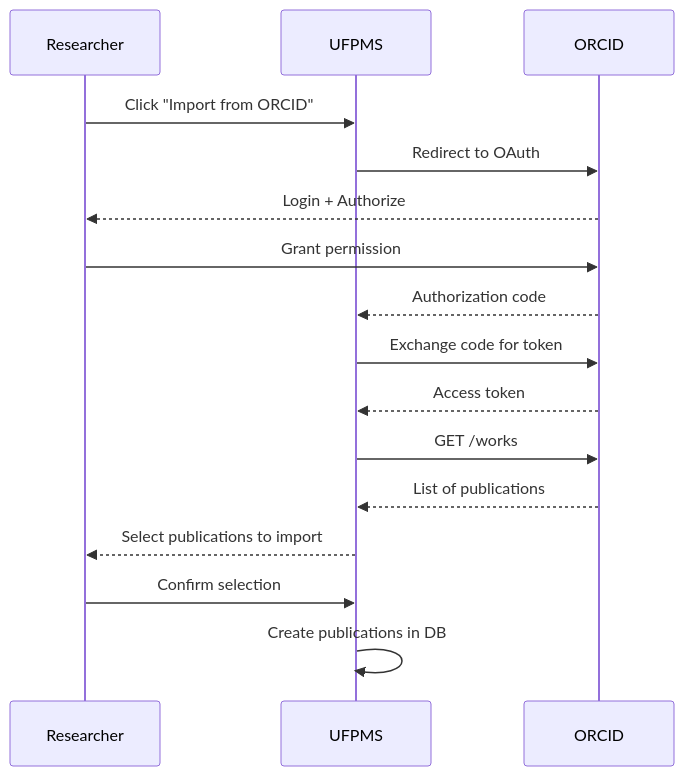
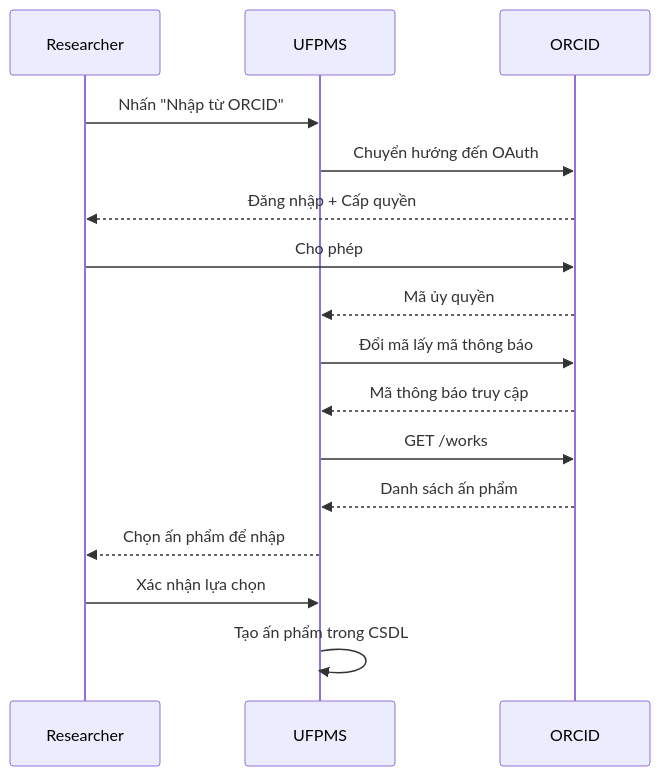
The fifth of 5 diagrams in docs/06_Diagrams/Context/external_integrations.md (Ng0cTh4nhk5/ufpms-docs), drawn with Mermaid before and after one commit. The commit also changed other lines of this file and 70 other files, not shown here.

````diff
--- a/docs/06_Diagrams/Context/external_integrations.md
+++ b/docs/06_Diagrams/Context/external_integrations.md
@@ -265,15 +265,15 @@
 ```mermaid
 sequenceDiagram
-    Researcher->>UFPMS: Click "Import from ORCID"
-    UFPMS->>ORCID: Redirect to OAuth
-    ORCID-->>Researcher: Login + Authorize
-    Researcher->>ORCID: Grant permission
-    ORCID-->>UFPMS: Authorization code
-    UFPMS->>ORCID: Exchange code for token
-    ORCID-->>UFPMS: Access token
+    Researcher->>UFPMS: Nhấn "Nhập từ ORCID"
+    UFPMS->>ORCID: Chuyển hướng đến OAuth
+    ORCID-->>Researcher: Đăng nhập + Cấp quyền
+    Researcher->>ORCID: Cho phép
+    ORCID-->>UFPMS: Mã ủy quyền
+    UFPMS->>ORCID: Đổi mã lấy mã thông báo
+    ORCID-->>UFPMS: Mã thông báo truy cập
     UFPMS->>ORCID: GET /works
-    ORCID-->>UFPMS: List of publications
-    UFPMS-->>Researcher: Select publications to import
-    Researcher->>UFPMS: Confirm selection
-    UFPMS->>UFPMS: Create publications in DB
+    ORCID-->>UFPMS: Danh sách ấn phẩm
+    UFPMS-->>Researcher: Chọn ấn phẩm để nhập
+    Researcher->>UFPMS: Xác nhận lựa chọn
+    UFPMS->>UFPMS: Tạo ấn phẩm trong CSDL
 ```
````
